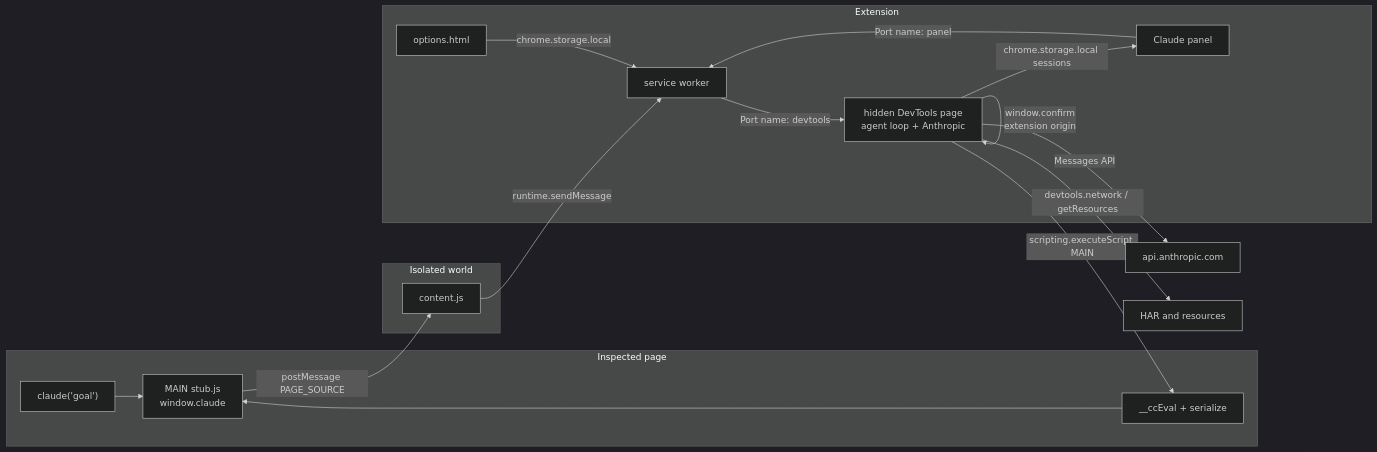
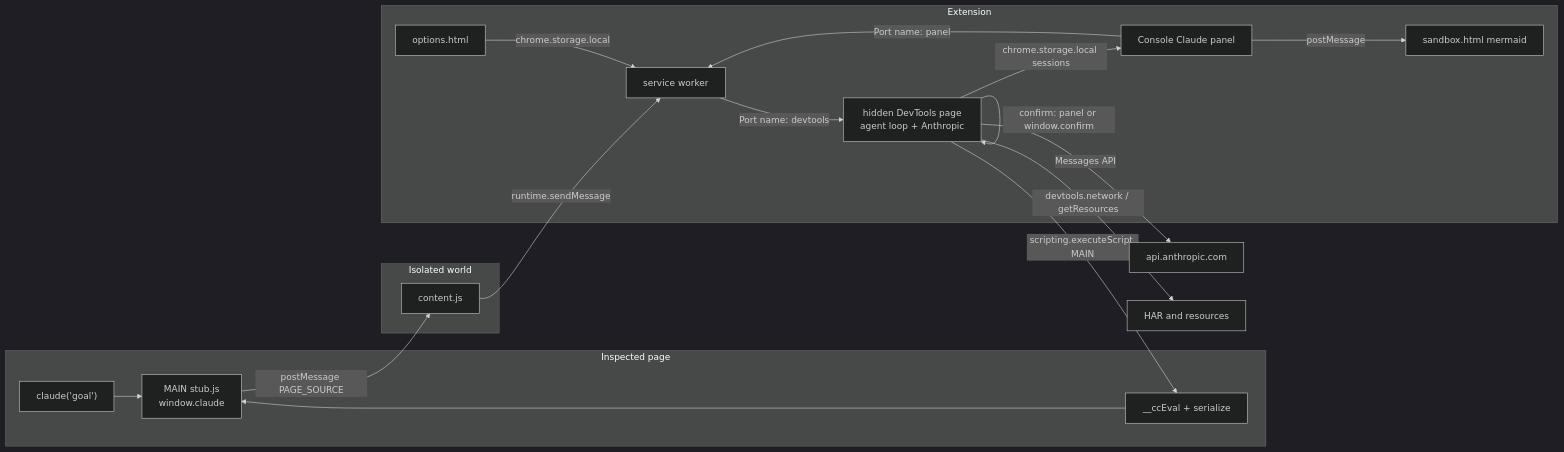
One commit to AlessandroAnnini/console-claude changed the first of 2 diagrams in docs/architecture.md. Above: the diagram before and after it, drawn with Mermaid (dark theme). The commit also changed other lines of this file and 35 other files, not shown here.

First line of the commit message:
feat✨: release 0.4.0 sessions and mermaid

````diff
--- a/docs/architecture.md
+++ b/docs/architecture.md
@@ -7,32 +7,34 @@
 ```mermaid
 flowchart LR
   subgraph page [Inspected page]
     User["claude('goal')"]
     Stub["MAIN stub.js\nwindow.claude"]
     Eval["__ccEval + serialize"]
   end
 
   subgraph isolated [Isolated world]
     Bridge["content.js"]
   end
 
   subgraph extension [Extension]
     SW["service worker"]
     DT["hidden DevTools page\nagent loop + Anthropic"]
-    Panel["Claude panel"]
+    Panel["Console Claude panel"]
+    Sandbox["sandbox.html mermaid"]
     Opt["options.html"]
   end
 
   User --> Stub
   Stub -->|"postMessage PAGE_SOURCE"| Bridge
   Bridge -->|"runtime.sendMessage"| SW
   SW -->|"Port name: devtools"| DT
   Panel -->|"Port name: panel"| SW
+  Panel -->|"postMessage"| Sandbox
   DT -->|"chrome.storage.local sessions"| Panel
   DT -->|"Messages API"| Anthropic["api.anthropic.com"]
-  DT -->|"window.confirm\nextension origin"| DT
+  DT -->|"confirm: panel or window.confirm"| DT
   DT -->|"scripting.executeScript MAIN"| Eval
   DT -->|"devtools.network / getResources"| Observe["HAR and resources"]
   Eval --> Stub
   Opt -->|"chrome.storage.local"| SW
 ```
````
